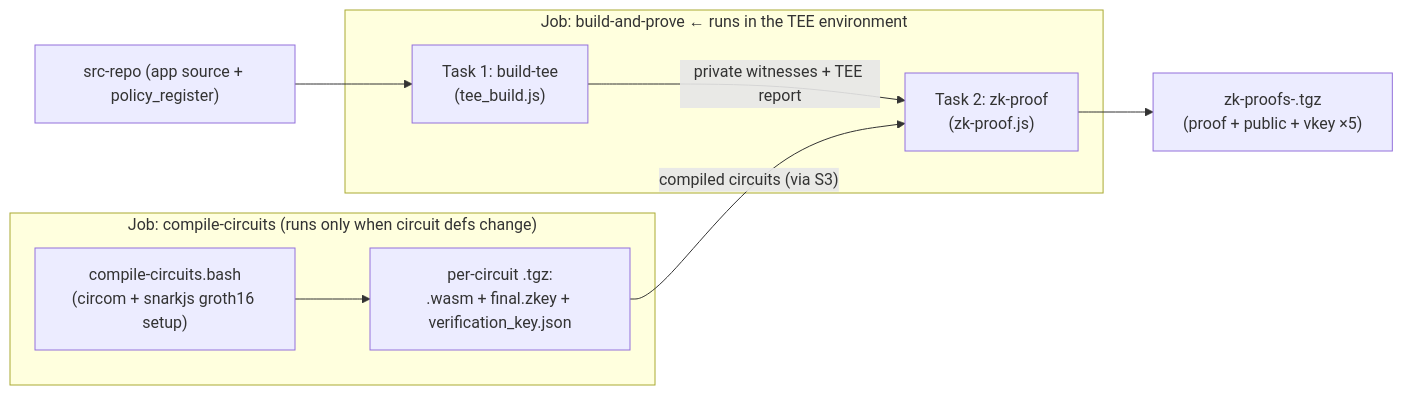
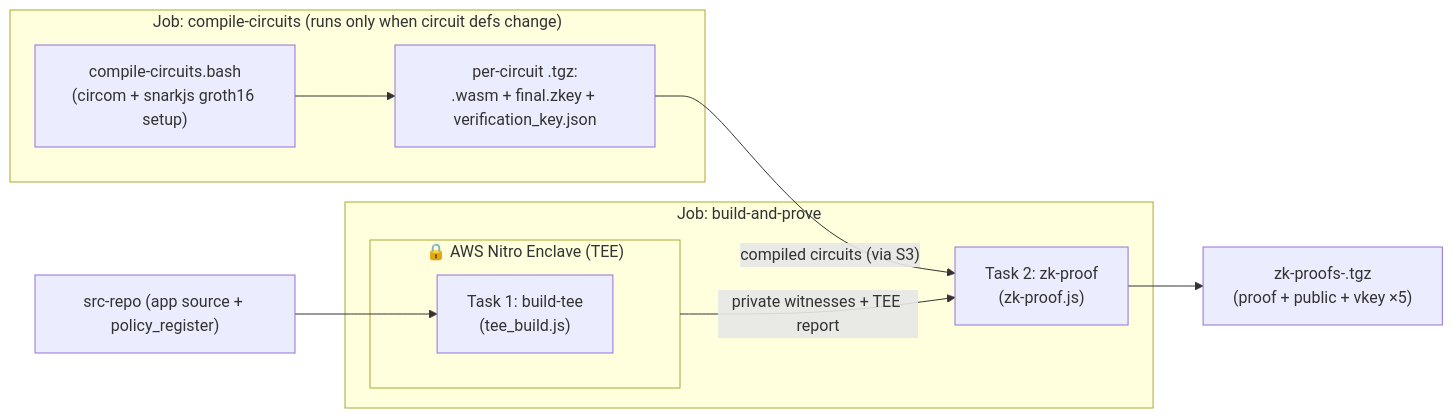
One commit to agrimpatil/zk-circuits changed the third of 3 diagrams in README.md. Above: the diagram before and after it, drawn with Mermaid. The commit also changed other lines of this file, not shown here.

Commit message:
corrected readme

````diff
--- a/README.md
+++ b/README.md
@@ -130,17 +130,19 @@
 ```mermaid
 flowchart LR
     subgraph J1["Job: compile-circuits (runs only when circuit defs change)"]
         CC["compile-circuits.bash\n(circom + snarkjs groth16 setup)"]
         CC --> ART["per-circuit .tgz:\n.wasm + final.zkey + verification_key.json"]
     end
 
-    subgraph J2["Job: build-and-prove  ← runs in the TEE environment"]
-        TB["Task 1: build-tee\n(tee_build.js)"]
+    subgraph J2["Job: build-and-prove"]
+        subgraph ENCLAVE["🔒 AWS Nitro Enclave  (TEE)"]
+            TB["Task 1: build-tee\n(tee_build.js)"]
+        end
         ZP["Task 2: zk-proof\n(zk-proof.js)"]
-        TB -- "private witnesses + TEE report" --> ZP
+        ENCLAVE -- "private witnesses + TEE report" --> ZP
     end
 
     ART -- "compiled circuits (via S3)" --> ZP
     SRC["src-repo (app source + policy_register)"] --> TB
     ZP --> PROOFS["zk-proofs-<n>.tgz\n(proof + public + vkey ×5)"]
 ```
````
